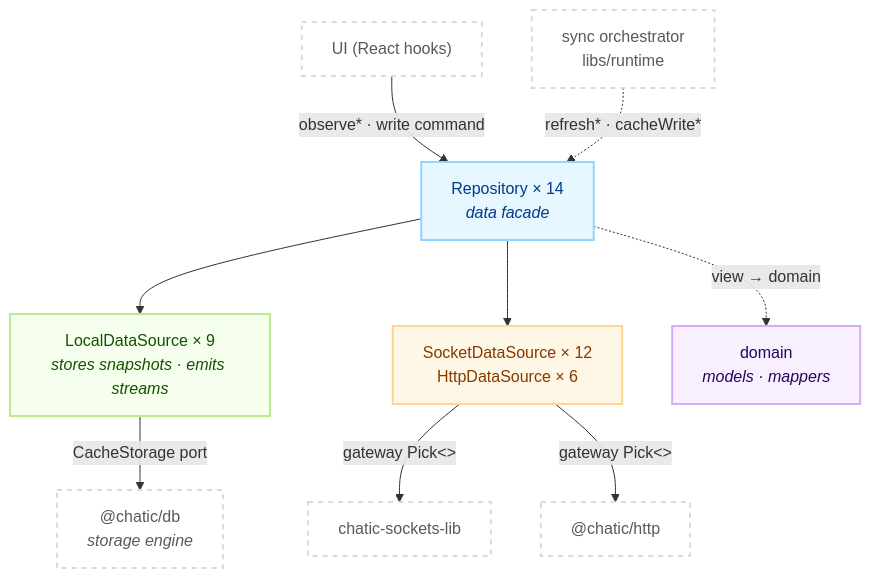
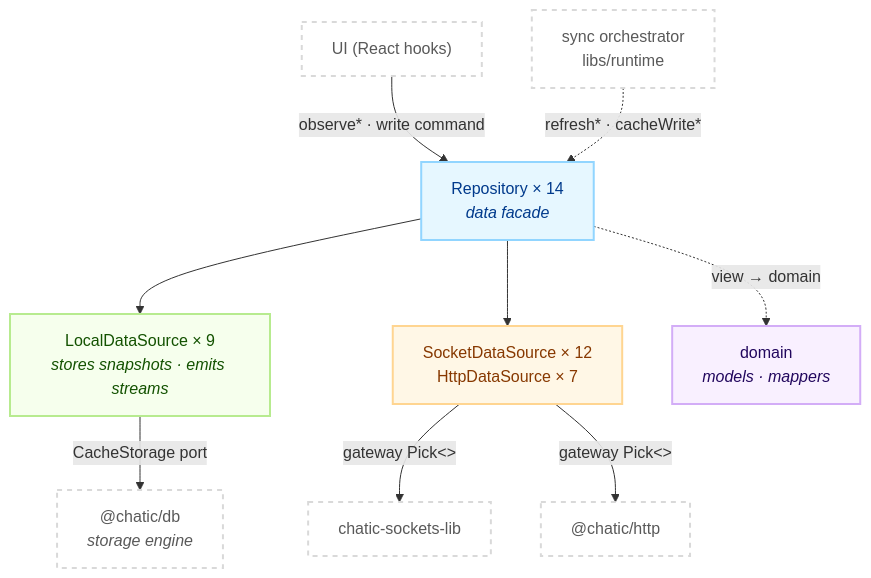
Before and after one commit to lemoncloud-io/dou-app: the first of 2 diagrams in libs/data/README.md, drawn with Mermaid. The commit also changed 26 other files, not shown here.

First line of the commit message:
feat(http,data,runtime): read and write a cloud's mini app list on the relay, not only its one link

````diff
--- a/libs/data/README.md
+++ b/libs/data/README.md
@@ -52,29 +52,29 @@
 ```mermaid
 flowchart TD
     classDef repo fill:#e6f7ff,stroke:#91d5ff,stroke-width:2px,color:#003a8c;
     classDef local fill:#f6ffed,stroke:#b7eb8f,stroke-width:2px,color:#135200;
     classDef remote fill:#fff7e6,stroke:#ffd591,stroke-width:2px,color:#873800;
     classDef domain fill:#f9f0ff,stroke:#d3adf7,stroke-width:2px,color:#22075e;
     classDef ext fill:#ffffff,stroke:#d9d9d9,stroke-width:2px,color:#595959,stroke-dasharray: 5 5;
 
     UI["UI (React hooks)"]:::ext
     Sync["sync orchestrator<br/>libs/runtime"]:::ext
 
     Repo["Repository × 14<br/><i>data facade</i>"]:::repo
     Local["LocalDataSource × 9<br/><i>stores snapshots · emits streams</i>"]:::local
-    Remote["SocketDataSource × 12<br/>HttpDataSource × 6"]:::remote
+    Remote["SocketDataSource × 12<br/>HttpDataSource × 7"]:::remote
     Domain["domain<br/><i>models · mappers</i>"]:::domain
 
     DB["@chatic/db<br/><i>storage engine</i>"]:::ext
     Sock["chatic-sockets-lib"]:::ext
     Http["@chatic/http"]:::ext
 
     UI -->|"observe* · write command"| Repo
     Sync -.->|"refresh* · cacheWrite*"| Repo
     Repo --> Local
     Repo --> Remote
     Repo -.->|"view → domain"| Domain
     Local -->|"CacheStorage port"| DB
     Remote -->|"gateway Pick&lt;&gt;"| Sock
     Remote -->|"gateway Pick&lt;&gt;"| Http
 ```
````
